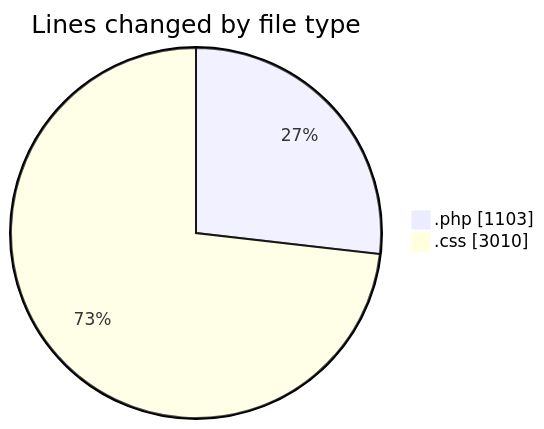
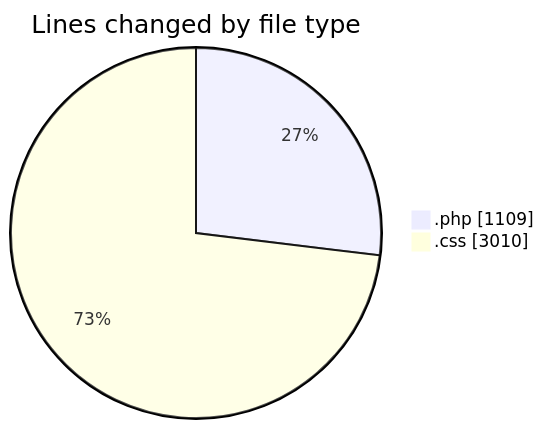
One commit to debugP/code-tracking changed the first of 2 diagrams in 2026-11-10/wp-content__workspace_/README.md. Above: the diagram before and after it, drawn with Mermaid. The commit also changed other lines of this file and 1 other file, not shown here.

````diff
--- a/2026-11-10/wp-content__workspace_/README.md
+++ b/2026-11-10/wp-content__workspace_/README.md
@@ -21,6 +21,6 @@
 ```mermaid
 pie showData
 title Lines changed by file type
-".php" : 1103
+".php" : 1109
 ".css" : 3010
 ```
````
